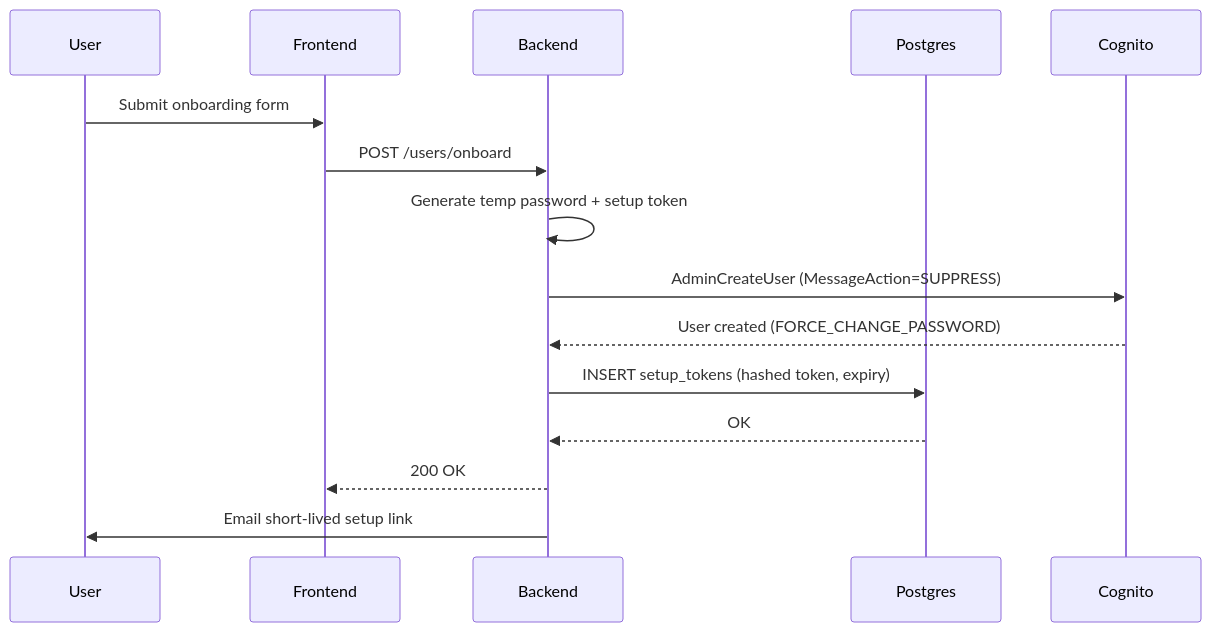
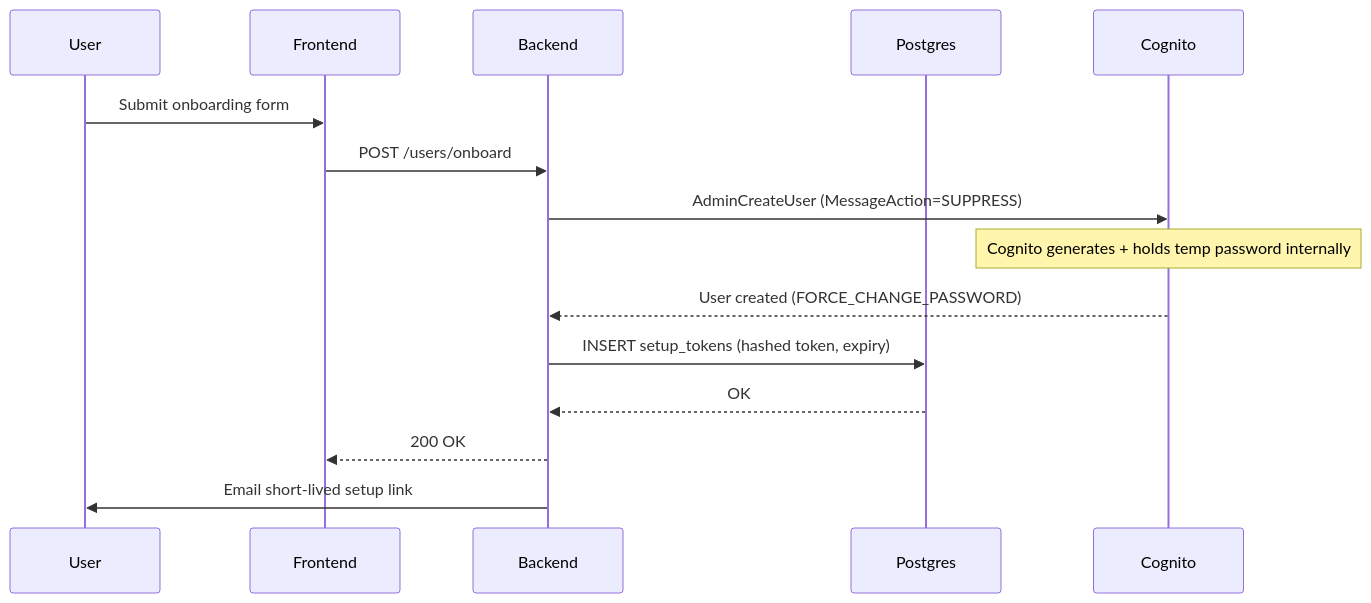
One commit to ditnice/aws-UKPS changed the first of 4 diagrams in documentation/auth/sequences.md. Above: the diagram before and after it, drawn with Mermaid. The commit also changed other lines of this file, not shown here.

Commit message:
Extended diagrams to be more explicit and informative for implementation

````diff
--- a/documentation/auth/sequences.md
+++ b/documentation/auth/sequences.md
@@ -5,17 +5,17 @@
 ```mermaid
 sequenceDiagram
     participant U as User
     participant F as Frontend
     participant B as Backend
     participant P as Postgres
     participant C as Cognito
     U->>F: Submit onboarding form
     F->>B: POST /users/onboard
-    B->>B: Generate temp password + setup token
     B->>C: AdminCreateUser (MessageAction=SUPPRESS)
+    Note over C: Cognito generates + holds temp password internally
     C-->>B: User created (FORCE_CHANGE_PASSWORD)
     B->>P: INSERT setup_tokens (hashed token, expiry)
     P-->>B: OK
     B-->>F: 200 OK
     B->>U: Email short-lived setup link
 ```
````
